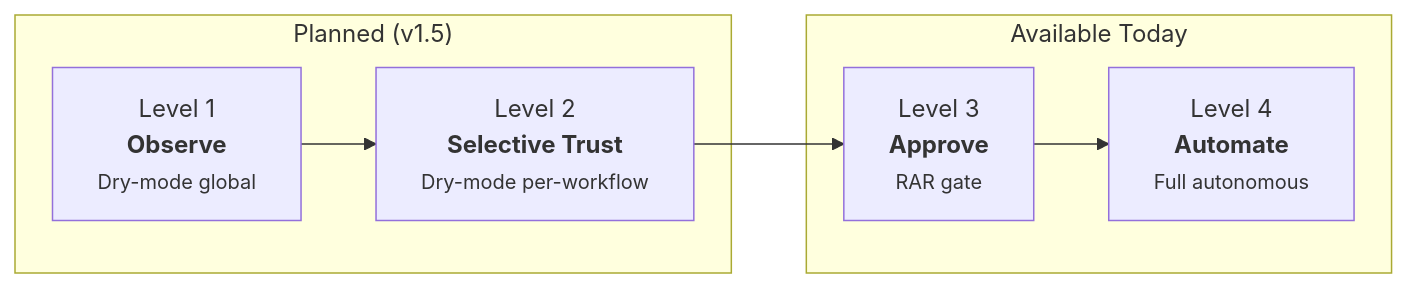
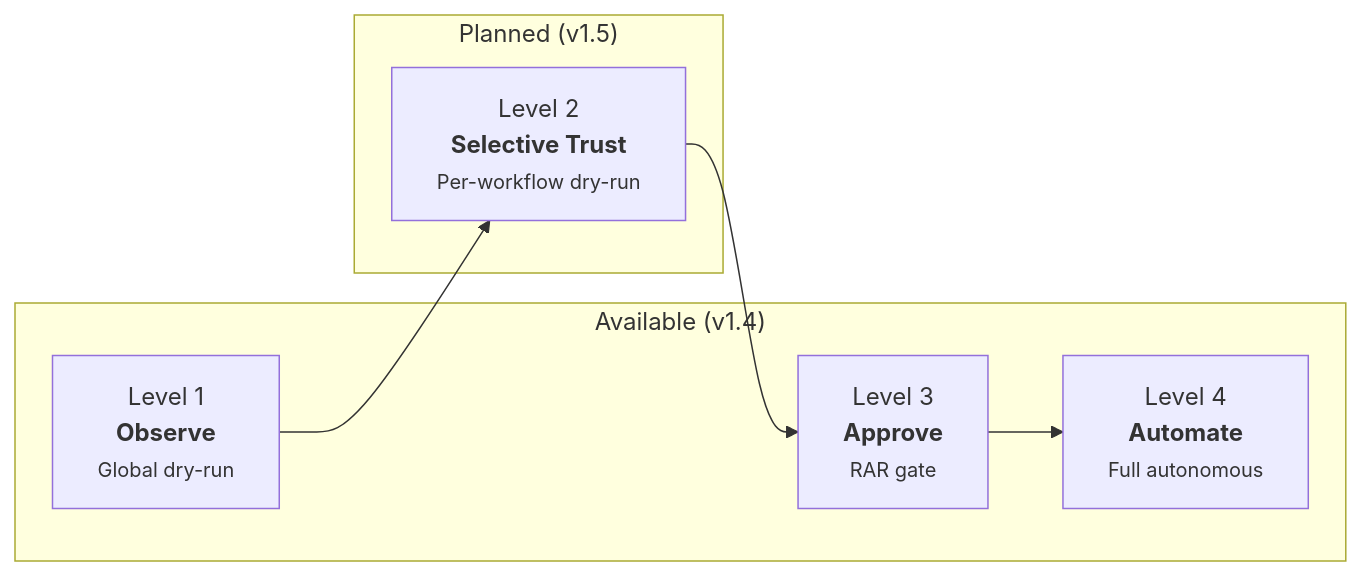
The diagram in docs/user-guide/trust-ladder.md (jordigilh/kubernaut-docs), drawn with Mermaid before and after one commit. The commit also changed other lines of this file and 24 other files, not shown here.

````diff
--- a/docs/user-guide/trust-ladder.md
+++ b/docs/user-guide/trust-ladder.md
@@ -7,12 +7,12 @@
 ```mermaid
 graph LR
-    subgraph Available["Available Today"]
+    subgraph v14["Available (v1.4)"]
+        L1["Level 1<br/><b>Observe</b><br/><small>Global dry-run</small>"]
         L3["Level 3<br/><b>Approve</b><br/><small>RAR gate</small>"]
         L4["Level 4<br/><b>Automate</b><br/><small>Full autonomous</small>"]
     end
-    subgraph Planned["Planned (v1.5)"]
-        L1["Level 1<br/><b>Observe</b><br/><small>Dry-mode global</small>"]
-        L2["Level 2<br/><b>Selective Trust</b><br/><small>Dry-mode per-workflow</small>"]
+    subgraph v15["Planned (v1.5)"]
+        L2["Level 2<br/><b>Selective Trust</b><br/><small>Per-workflow dry-run</small>"]
     end
     L1 --> L2 --> L3 --> L4
 ```
````
